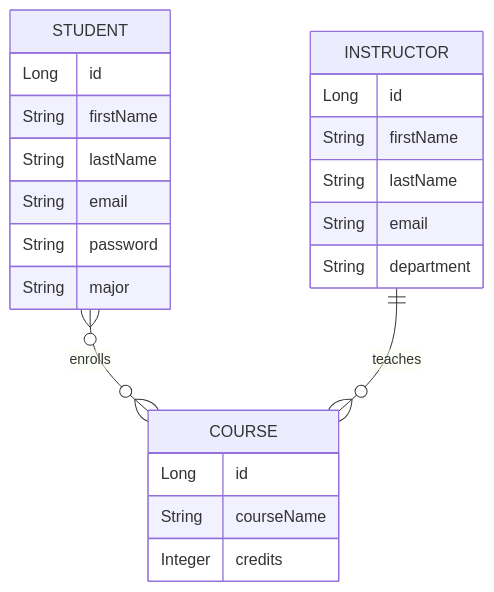
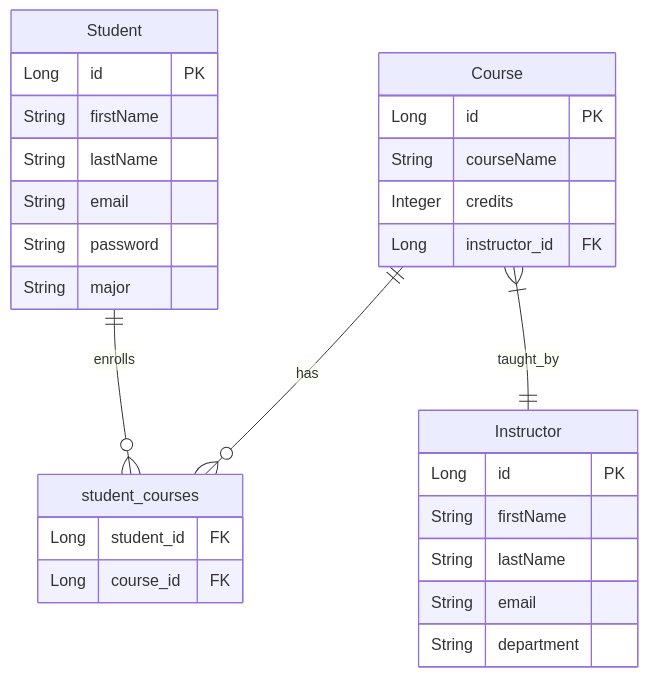
Before and after one commit to harunkrl/eduportal-backend: the diagram in README.md, drawn with Mermaid.

Commit message:
Update ER diagram on readme

````diff
--- a/README.md
+++ b/README.md
@@ -124,25 +124,35 @@
 ```mermaid
 erDiagram
-   STUDENT {
-      Long id
+   Student ||--o{ student_courses : enrolls
+   Course ||--o{ student_courses : has
+   Course }|--|| Instructor : taught_by
+
+   Student {
+      Long id PK
       String firstName
       String lastName
       String email
       String password
       String major
    }
-   INSTRUCTOR {
-      Long id
+
+   Instructor {
+      Long id PK
       String firstName
       String lastName
       String email
       String department
    }
-   COURSE {
-      Long id
+
+   Course {
+      Long id PK
       String courseName
       Integer credits
+      Long instructor_id FK
    }
-   STUDENT o{--o{ COURSE : enrolls
-   INSTRUCTOR ||--o{ COURSE : teaches
+
+   student_courses {
+      Long student_id FK
+      Long course_id FK
+   }
 ```
````
